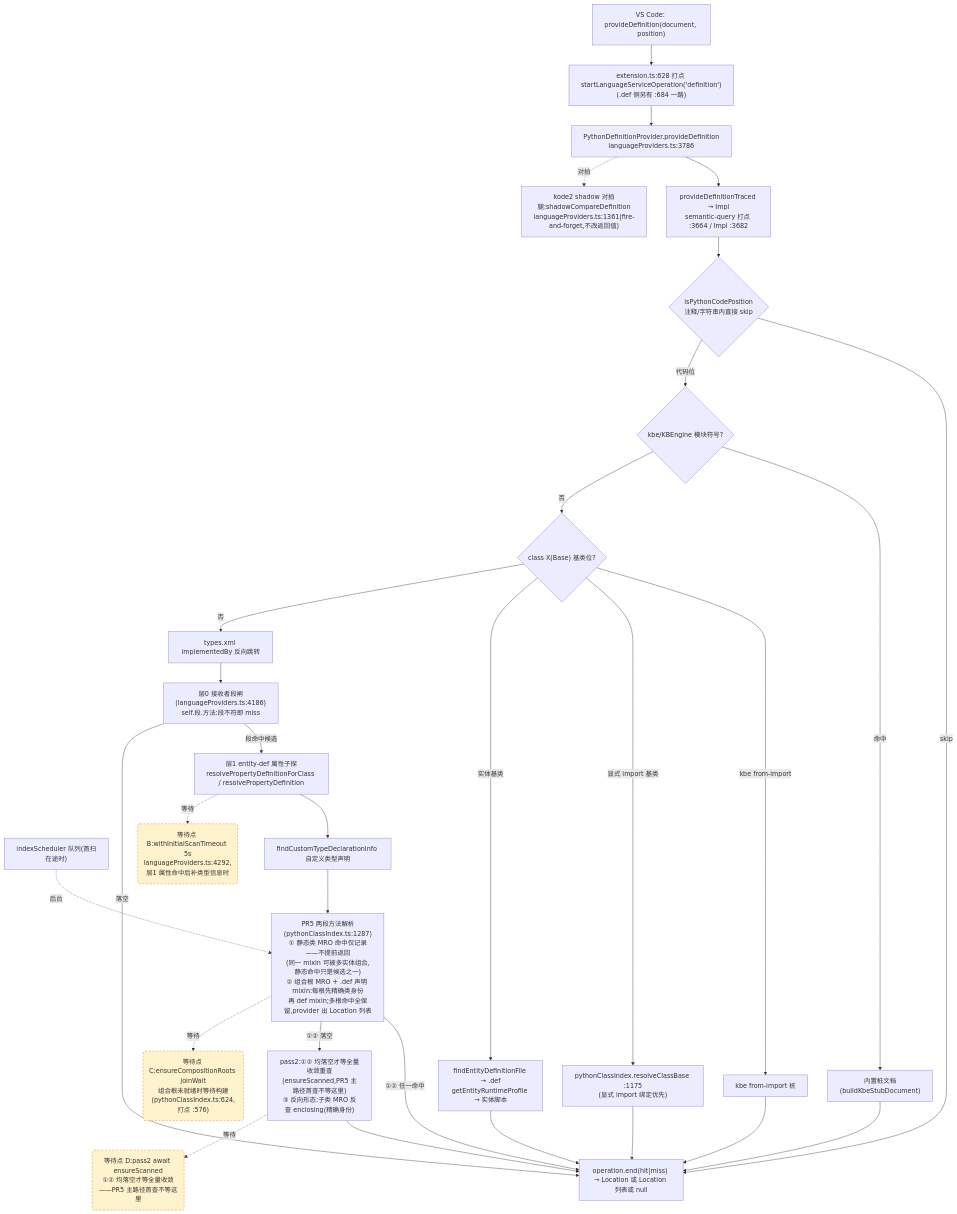
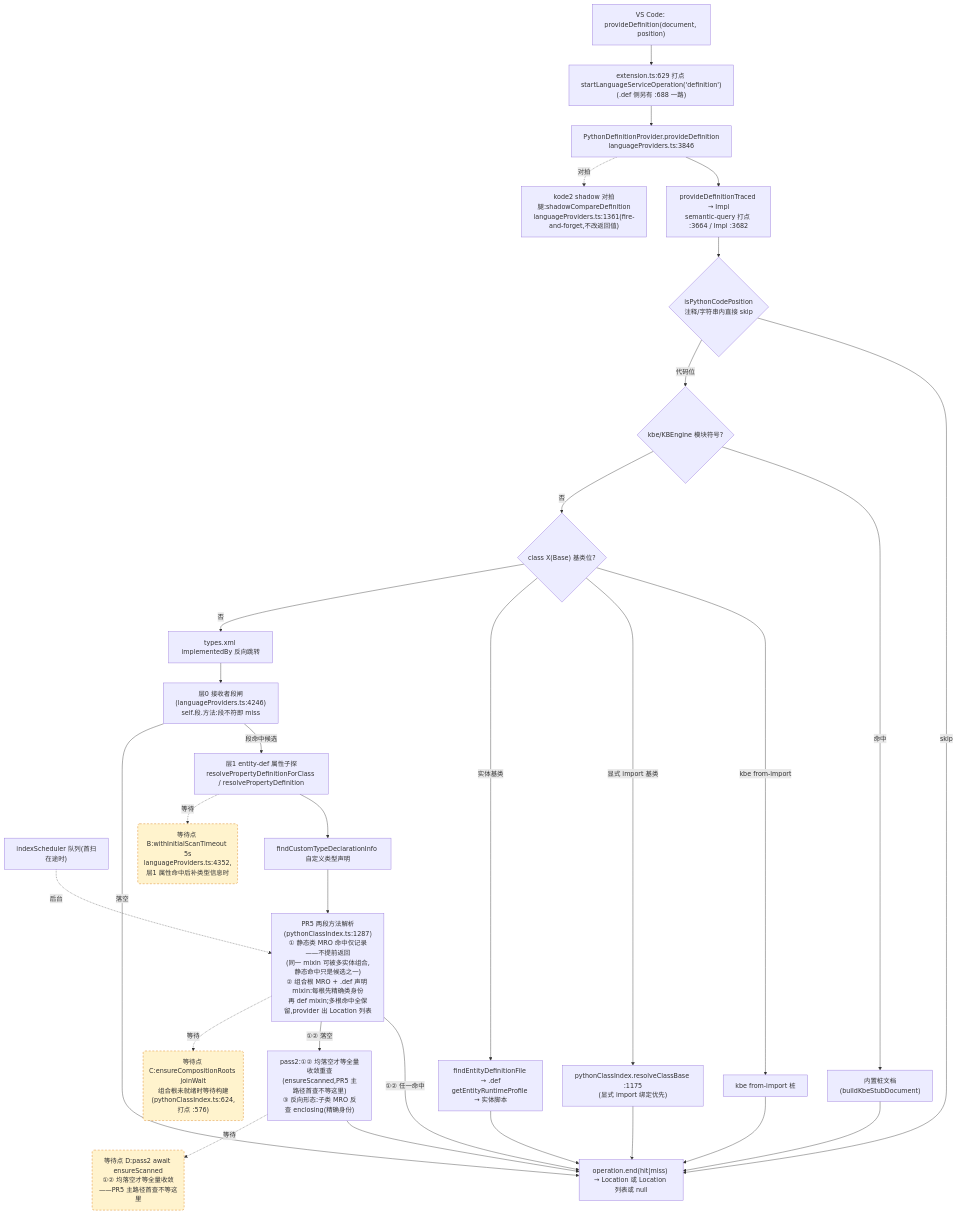
The second of 4 diagrams in docs/perf/2026-baseline.md (cuihairu/kode), drawn with Mermaid before and after one commit. The commit also changed other lines of this file and 9 other files, not shown here.

````diff
--- a/docs/perf/2026-baseline.md
+++ b/docs/perf/2026-baseline.md
@@ -130,51 +130,51 @@
 ```mermaid
 flowchart TD
   VC2["VS Code: provideDefinition(document, position)"]
-  M2["extension.ts:628 打点 startLanguageServiceOperation('definition')<br/>(.def 侧另有 :684 一路)"]
-  AD2["PythonDefinitionProvider.provideDefinition<br/>languageProviders.ts:3786"]
+  M2["extension.ts:629 打点 startLanguageServiceOperation('definition')<br/>(.def 侧另有 :688 一路)"]
+  AD2["PythonDefinitionProvider.provideDefinition<br/>languageProviders.ts:3846"]
   TR["provideDefinitionTraced → Impl<br/>semantic-query 打点 :3664 / Impl :3682"]
   CTX{"isPythonCodePosition<br/>注释/字符串内直接 skip"}
   KBE{"kbe/KBEngine 模块符号?"}
   STUB["内置桩文档(buildKbeStubDocument)"]
   CB{"class X(Base) 基类位?"}
   CB1["kbe from-import 桩"]
   CB2["pythonClassIndex.resolveClassBase :1175<br/>(显式 import 绑定优先)"]
   CB3["findEntityDefinitionFile → .def<br/>getEntityRuntimeProfile → 实体脚本"]
   REV["types.xml implementedBy 反向跳转"]
-  L0["层0 接收者段闸(languageProviders.ts:4186)<br/>self.段.方法:段不符即 miss"]
+  L0["层0 接收者段闸(languageProviders.ts:4246)<br/>self.段.方法:段不符即 miss"]
   L1["层1 entity-def 属性子探<br/>resolvePropertyDefinitionForClass / resolvePropertyDefinition"]
   SCAN["indexScheduler 队列(首扫在途时)"]
   TY["findCustomTypeDeclarationInfo 自定义类型声明"]
   MRO["PR5 两段方法解析(pythonClassIndex.ts:1287)<br/>① 静态类 MRO 命中仅记录——不提前返回<br/>(同一 mixin 可被多实体组合,静态命中只是候选之一)<br/>② 组合根 MRO + .def 声明 mixin:每根先精确类身份<br/>再 def mixin;多根命中全保留,provider 出 Location 列表"]
   PASS2["pass2:①② 均落空才等全量收敛重查<br/>(ensureScanned,PR5 主路径首查不等这里)<br/>③ 反向形态:子类 MRO 反查 enclosing(精确身份)"]
   SHD["kode2 shadow 对拍腿:shadowCompareDefinition<br/>languageProviders.ts:1361(fire-and-forget,不改返回值)"]
   END2["operation.end(hit|miss) → Location 或 Location 列表或 null"]
 
   VC2 --> M2 --> AD2 --> TR --> CTX
   CTX -- "skip" --> END2
   CTX -- "代码位" --> KBE
   KBE -- "命中" --> STUB --> END2
   KBE -- "否" --> CB
   CB -- "kbe from-import" --> CB1 --> END2
   CB -- "显式 import 基类" --> CB2 --> END2
   CB -- "实体基类" --> CB3 --> END2
   CB -- "否" --> REV --> L0
   L0 -- "段命中候选" --> L1
   L0 -- "落空" --> END2
   L1 --> TY
   TY --> MRO
   MRO -- "①② 任一命中" --> END2
   MRO -- "①② 落空" --> PASS2 --> END2
   AD2 -.->|对拍| SHD
 
-  WAITB("等待点 B:withInitialScanTimeout 5s<br/>languageProviders.ts:4292,层1 属性命中后补类型信息时")
+  WAITB("等待点 B:withInitialScanTimeout 5s<br/>languageProviders.ts:4352,层1 属性命中后补类型信息时")
   WAITC("等待点 C:ensureCompositionRoots joinWait<br/>组合根未就绪时等待构建(pythonClassIndex.ts:624,打点 :576)")
   WAITD("等待点 D:pass2 await ensureScanned<br/>①② 均落空才等全量收敛——PR5 主路径首查不等这里")
   L1 -.->|等待| WAITB
   MRO -.->|等待| WAITC
   PASS2 -.->|等待| WAITD
   SCAN -.->|后台| MRO
 
   classDef waitPoint fill:#fff3cd,stroke:#d97706,stroke-dasharray:5 4;
   class WAITB,WAITC,WAITD waitPoint;
 ```
````
